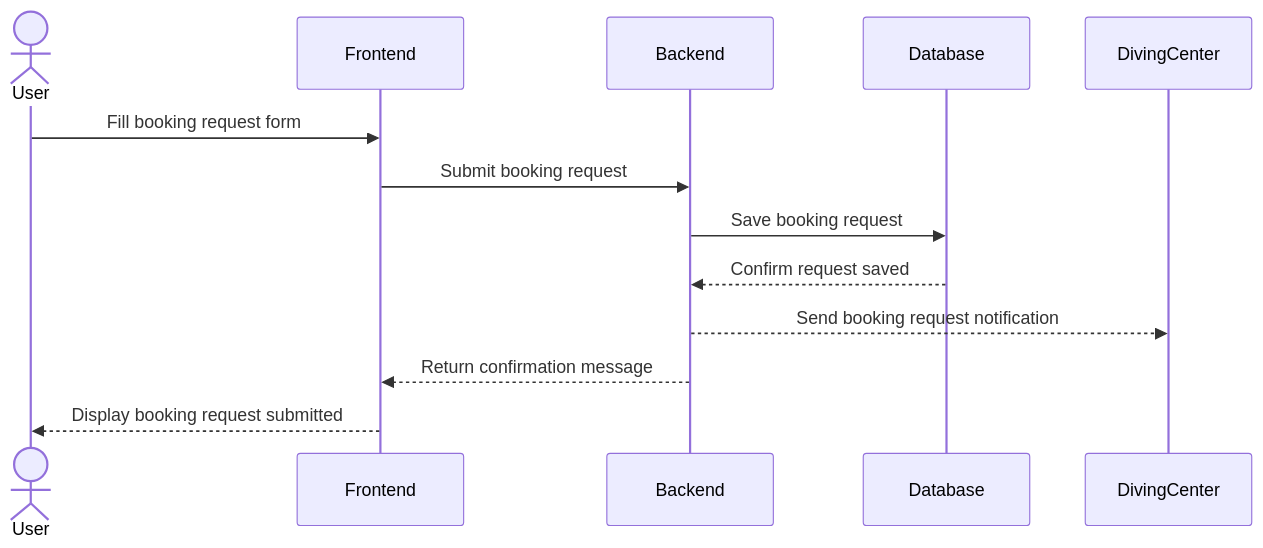
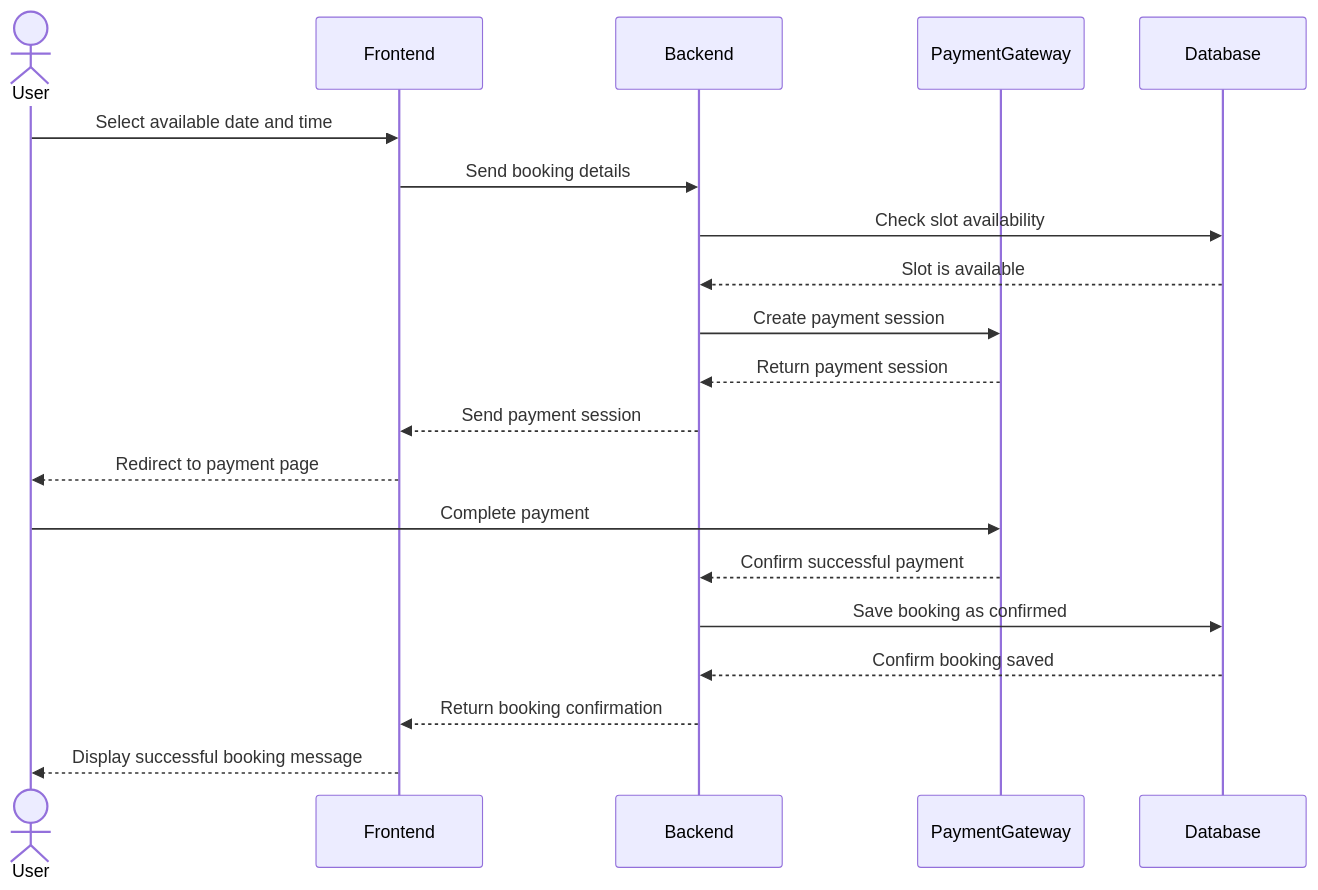
The third of 3 diagrams in stage 3/README.md (laradreamer79/Portfolio-Project), drawn with Mermaid before and after one commit.

````diff
--- a/stage 3/README.md
+++ b/stage 3/README.md
@@ -49,16 +49,28 @@
 ```mermaid
 sequenceDiagram
     actor User
     participant Frontend
     participant Backend
+    participant PaymentGateway
     participant Database
-    participant DivingCenter
 
-    User->>Frontend: Fill booking request form
-    Frontend->>Backend: Submit booking request
-    Backend->>Database: Save booking request
-    Database-->>Backend: Confirm request saved
-    Backend-->>DivingCenter: Send booking request notification
-    Backend-->>Frontend: Return confirmation message
-    Frontend-->>User: Display booking request submitted
+    User->>Frontend: Select available date and time
+    Frontend->>Backend: Send booking details
+    Backend->>Database: Check slot availability
+    Database-->>Backend: Slot is available
+
+    Backend->>PaymentGateway: Create payment session
+    PaymentGateway-->>Backend: Return payment session
+
+    Backend-->>Frontend: Send payment session
+    Frontend-->>User: Redirect to payment page
+
+    User->>PaymentGateway: Complete payment
+    PaymentGateway-->>Backend: Confirm successful payment
+
+    Backend->>Database: Save booking as confirmed
+    Database-->>Backend: Confirm booking saved
+
+    Backend-->>Frontend: Return booking confirmation
+    Frontend-->>User: Display successful booking message
 ```
````
